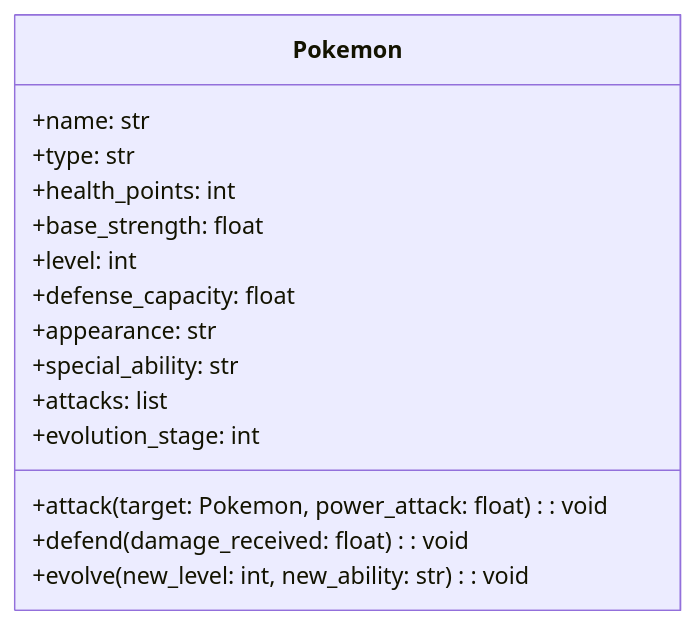
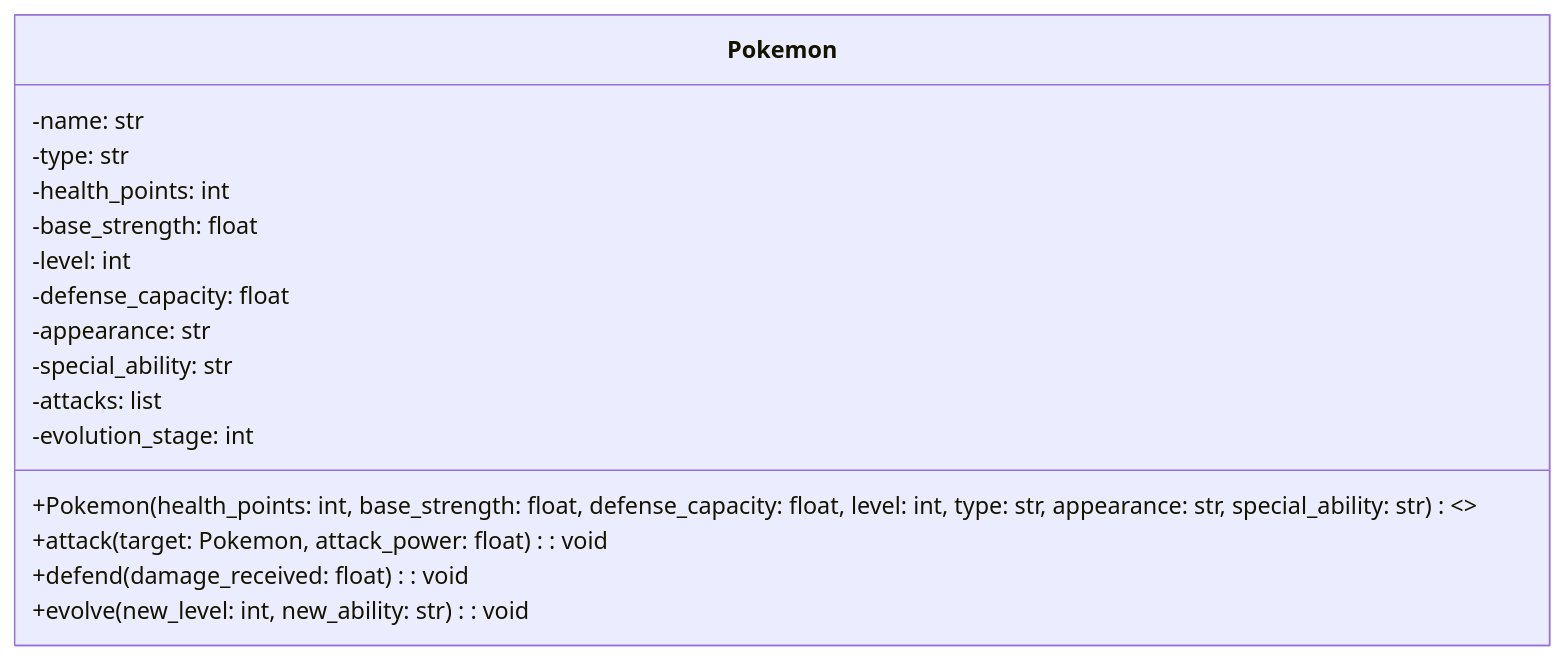
One commit to SamuelRojas09/POKE changed the diagram in README.md. Above: the diagram before and after it, drawn with Mermaid.

````diff
--- a/README.md
+++ b/README.md
@@ -108,19 +108,23 @@
 ```mermaid
 classDiagram
+    direction TB
+
     class Pokemon {
-        +name: str
-        +type: str
-        +health_points: int
-        +base_strength: float
-        +level: int
-        +defense_capacity: float
-        +appearance: str
-        +special_ability: str
-        +attacks: list
-        +evolution_stage: int
+        -name: str
+        -type: str
+        -health_points: int
+        -base_strength: float
+        -level: int
+        -defense_capacity: float
+        -appearance: str
+        -special_ability: str
+        -attacks: list
+        -evolution_stage: int
 
-        +attack(target: Pokemon, power_attack: float): void
+        +Pokemon(health_points: int, base_strength: float, defense_capacity: float, level: int, type: str, appearance: str, special_ability: str) <<create>>
+
+        +attack(target: Pokemon, attack_power: float): void
         +defend(damage_received: float): void
         +evolve(new_level: int, new_ability: str): void
     }
 ```
````
